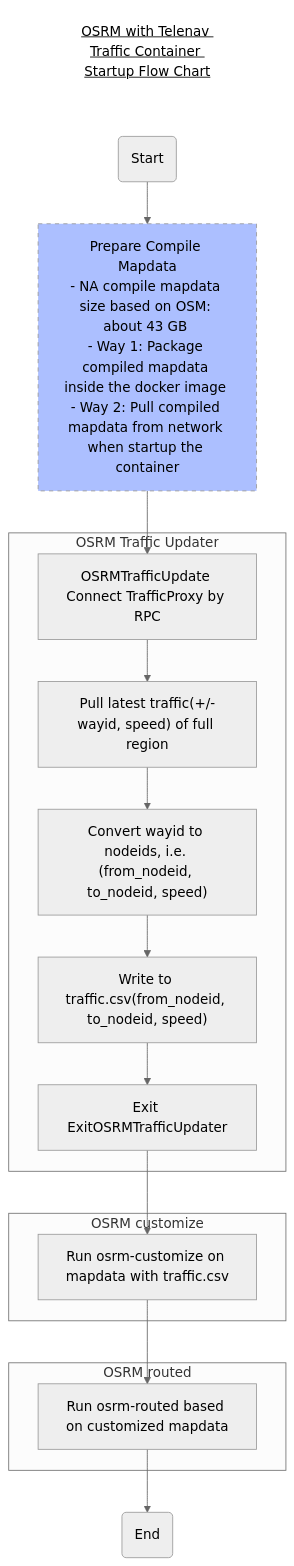
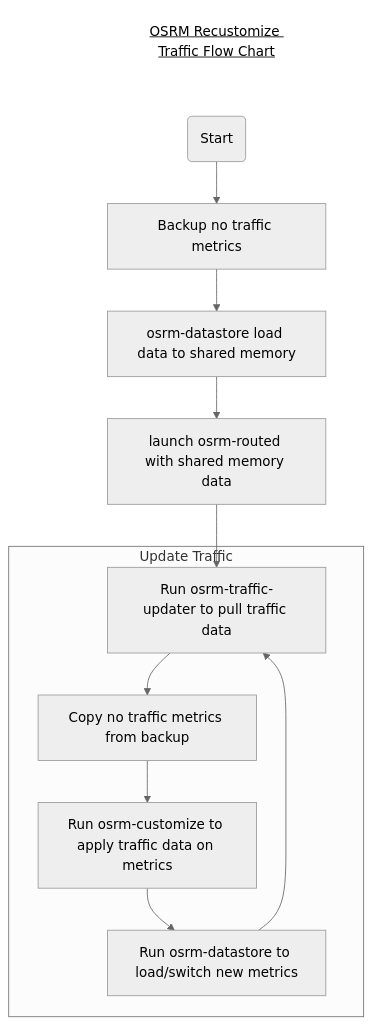
Before and after one commit to adityaketkar/osrm-backend: the diagram in integration/doc/graph/customize-traffic-container-startup-flow-chart.mmd, drawn with Mermaid (neutral theme). The commit also changed 6 other files, not shown here.

```diff
--- a/integration/doc/graph/customize-traffic-container-startup-flow-chart.mmd
+++ b/integration/doc/graph/customize-traffic-container-startup-flow-chart.mmd
@@ -1,32 +1,24 @@
 %% Call below command to convert .mmd to .png
 %%  Adjust -w or -H if necessary
-%% mmdc -p puppeteer-config.json -i osrm-with-traffic-startup-flow-chart.mmd -o osrm-with-traffic-startup-flow-chart.mmd.png
+%% mmdc -p puppeteer-config.json -i customize-traffic-container-startup-flow-chart.mmd -o customize-traffic-container-startup-flow-chart.mmd.png
 
 graph TD
 
-Title[<u>OSRM with Telenav Traffic Container Startup Flow Chart</u>]
+Title[<u>OSRM Recustomize Traffic Flow Chart</u>]
 Title-->Start
 style Title fill:#FFF,stroke:#FFF
 linkStyle 0 stroke:#FFF,stroke-width:0;
 
-Start("Start") --> PrepareCompiledMapdata["Prepare Compile Mapdata<p></p>- NA compile mapdata size based on OSM: about 43 GB <p></p>- Way 1: Package compiled mapdata inside the docker image <p></p>- Way 2: Pull compiled mapdata from network when startup the container "]
-style PrepareCompiledMapdata fill:#acbfff,stroke-dasharray: 5, 5
+Start("Start") --> BackupNoTrafficMetrics["Backup no traffic metrics"]
+BackupNoTrafficMetrics --> FirstRoundLoadDataToSharedMemory["osrm-datastore load data to shared memory"]
+FirstRoundLoadDataToSharedMemory --> LaunchRoutedFromSharedMemory["launch osrm-routed with shared memory data"]
 
-PrepareCompiledMapdata --> ConnectTrafficProxy["OSRMTrafficUpdate Connect TrafficProxy by RPC"]
 
-subgraph OSRM Traffic Updater
-ConnectTrafficProxy --> PullLatestTraffic["Pull latest traffic(+/-wayid, speed) of full region"]
-PullLatestTraffic --> ConvertWayid2NodeIds["Convert wayid to nodeids, i.e. (from_nodeid, to_nodeid, speed)"]
-ConvertWayid2NodeIds --> WriteToCSV["Write to traffic.csv(from_nodeid, to_nodeid, speed)"]
-WriteToCSV --> ExitOSRMTrafficUpdater["Exit ExitOSRMTrafficUpdater"]
+LaunchRoutedFromSharedMemory --> ConnectTrafficProxy["Run osrm-traffic-updater to pull traffic data"]
+
+subgraph Update Traffic
+ConnectTrafficProxy --> CopyNoTrafficMetrics["Copy no traffic metrics from backup"]
+CopyNoTrafficMetrics --> OSRMCustomize["Run osrm-customize to apply traffic data on metrics"]
+OSRMCustomize --> OSRMDataStore["Run osrm-datastore to load/switch new metrics"]
+OSRMDataStore --> ConnectTrafficProxy
 end
-
-subgraph OSRM customize
-ExitOSRMTrafficUpdater --> OSRMCustomize["Run osrm-customize on mapdata with traffic.csv"]
-end
-
-subgraph OSRM routed
-OSRMCustomize --> OSRMRouted["Run osrm-routed based on customized mapdata"]
-end
-
-OSRMRouted --> End("End")
```
